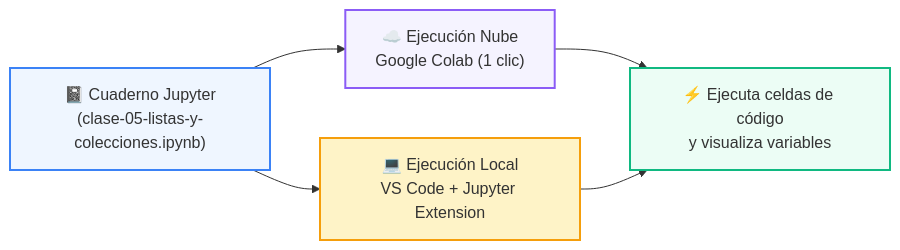
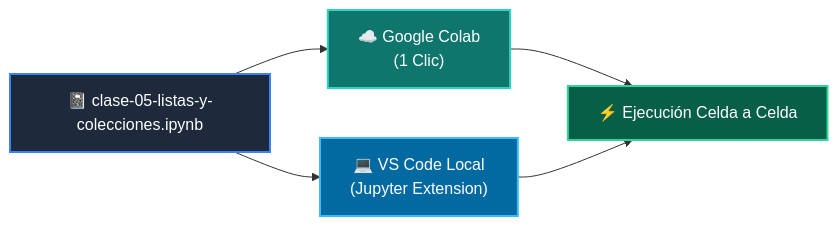
One commit to wisrovi/wisrovi-python changed the diagram in 01-fundamentos-python/clase-05-listas-y-colecciones/notebook/README.md. Above: the diagram before and after it, drawn with Mermaid. The commit also changed other lines of this file and 271 other files, not shown here.

Commit message:
docs: rewrite all README.md files with bespoke topic-specific Mermaid diagrams and remove repetitive boilerplate

````diff
--- a/01-fundamentos-python/clase-05-listas-y-colecciones/notebook/README.md
+++ b/01-fundamentos-python/clase-05-listas-y-colecciones/notebook/README.md
@@ -14,12 +12,12 @@
 ```mermaid
 flowchart LR
-    NB["📓 Cuaderno Jupyter<br/>(clase-05-listas-y-colecciones.ipynb)"] --> COLAB["☁️ Ejecución Nube<br/>Google Colab (1 clic)"]
-    NB --> LOCAL["💻 Ejecución Local<br/>VS Code + Jupyter Extension"]
-    COLAB --> RUN["⚡ Ejecuta celdas de código<br/>y visualiza variables"]
+    NB["📓 clase-05-listas-y-colecciones.ipynb"] --> COLAB["☁️ Google Colab<br/>(1 Clic)"]
+    NB --> LOCAL["💻 VS Code Local<br/>(Jupyter Extension)"]
+    COLAB --> RUN["⚡ Ejecución Celda a Celda"]
     LOCAL --> RUN
 
-    style NB fill:#eff6ff,stroke:#3b82f6,stroke-width:2px
-    style COLAB fill:#f5f3ff,stroke:#8b5cf6,stroke-width:2px
-    style LOCAL fill:#fef3c7,stroke:#f59e0b,stroke-width:2px
-    style RUN fill:#ecfdf5,stroke:#10b981,stroke-width:2px
+    style NB fill:#1e293b,color:#fff,stroke:#3b82f6,stroke-width:2px
+    style COLAB fill:#0f766e,color:#fff,stroke:#2dd4bf,stroke-width:2px
+    style LOCAL fill:#0369a1,color:#fff,stroke:#38bdf8,stroke-width:2px
+    style RUN fill:#065f46,color:#fff,stroke:#34d399,stroke-width:2px
 ```
````
